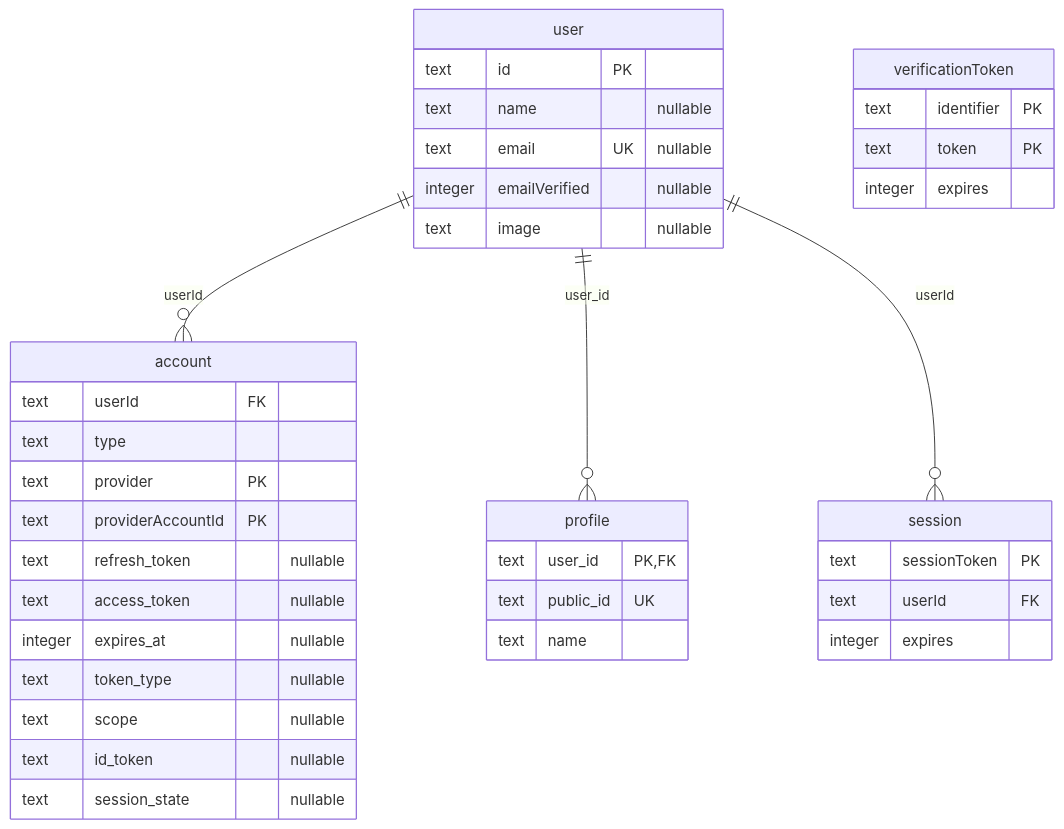
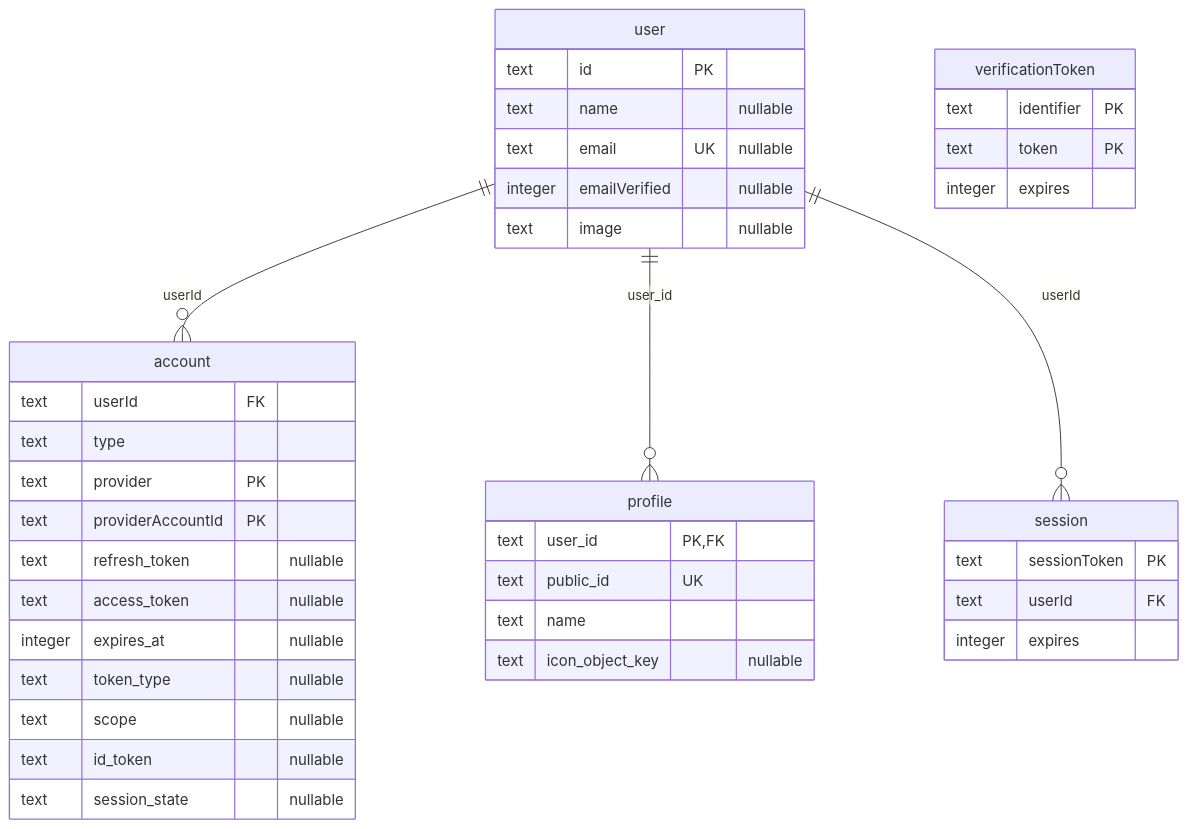
Before and after one commit to nito-008/oheya: the diagram in docs/er.md, drawn with Mermaid. The commit also changed 29 other files, not shown here.

````diff
--- a/docs/er.md
+++ b/docs/er.md
@@ -6,41 +6,42 @@
 ```mermaid
 erDiagram
   account {
     text userId FK
     text type
     text provider PK
     text providerAccountId PK
     text refresh_token "nullable"
     text access_token "nullable"
     integer expires_at "nullable"
     text token_type "nullable"
     text scope "nullable"
     text id_token "nullable"
     text session_state "nullable"
   }
   profile {
     text user_id PK,FK
     text public_id UK
     text name
+    text icon_object_key "nullable"
   }
   session {
     text sessionToken PK
     text userId FK
     integer expires
   }
   user {
     text id PK
     text name "nullable"
     text email UK "nullable"
     integer emailVerified "nullable"
     text image "nullable"
   }
   verificationToken {
     text identifier PK
     text token PK
     integer expires
   }
   user ||--o{ account : "userId"
   user ||--o{ profile : "user_id"
   user ||--o{ session : "userId"
 ```
````
